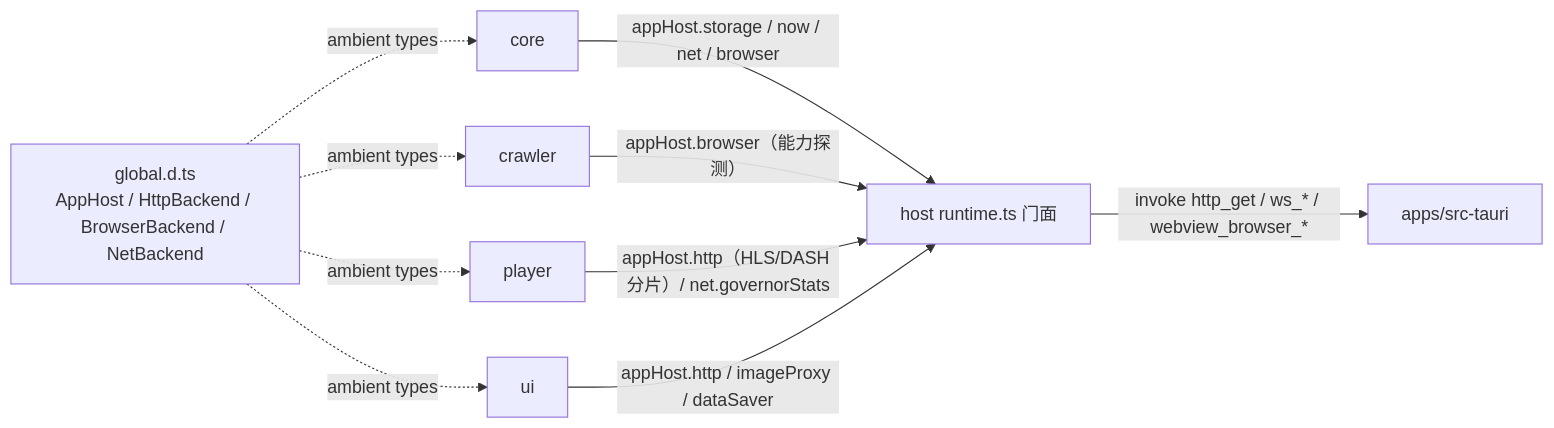
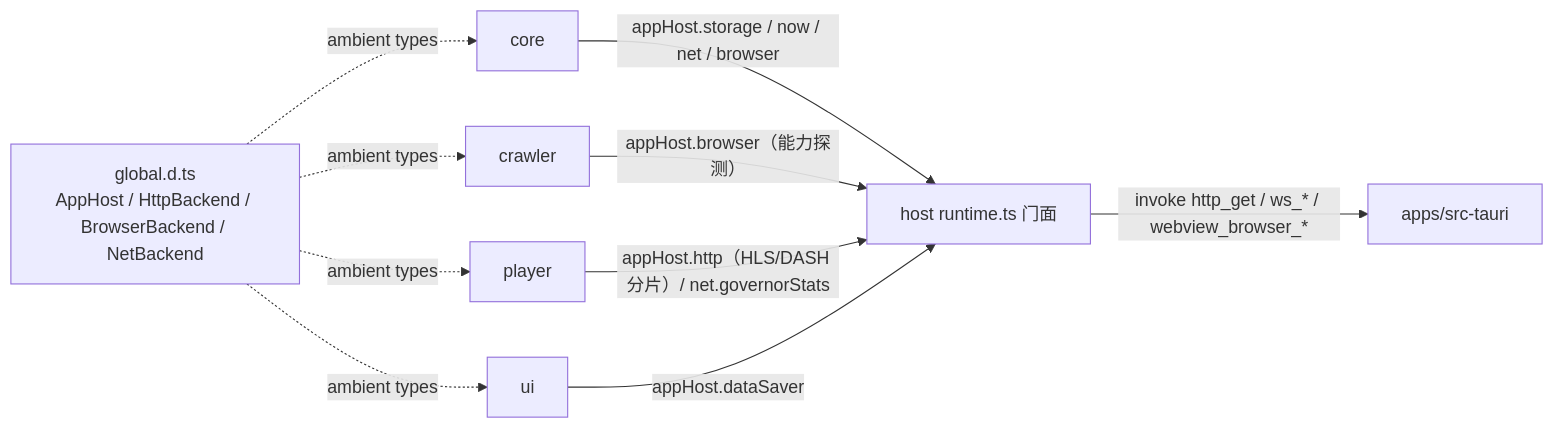
One commit to sakiko999/tauri-rss changed the second of 3 diagrams in docs/architecture/system/01-packages.md. Above: the diagram before and after it, drawn with Mermaid. The commit also changed other lines of this file and 26 other files, not shown here.

````diff
--- a/docs/architecture/system/01-packages.md
+++ b/docs/architecture/system/01-packages.md
@@ -122,12 +122,12 @@
 ```mermaid
 graph LR
   G["global.d.ts<br/>AppHost / HttpBackend / BrowserBackend / NetBackend"] -. ambient types .-> core
   G -. ambient types .-> crawler
   G -. ambient types .-> player
   G -. ambient types .-> ui
   core -- "appHost.storage / now / net / browser" --> HOST["host runtime.ts 门面"]
   crawler -- "appHost.browser（能力探测）" --> HOST
   player -- "appHost.http（HLS/DASH 分片）/ net.governorStats" --> HOST
-  ui -- "appHost.http / imageProxy / dataSaver" --> HOST
+  ui -- "appHost.dataSaver" --> HOST
   HOST -- "invoke http_get / ws_* / webview_browser_*" --> RUST["apps/src-tauri"]
 ```
````
